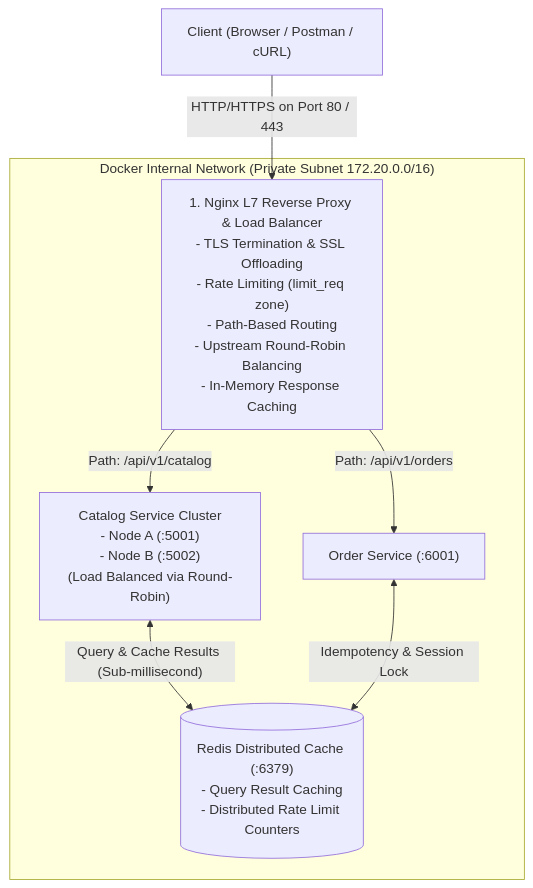
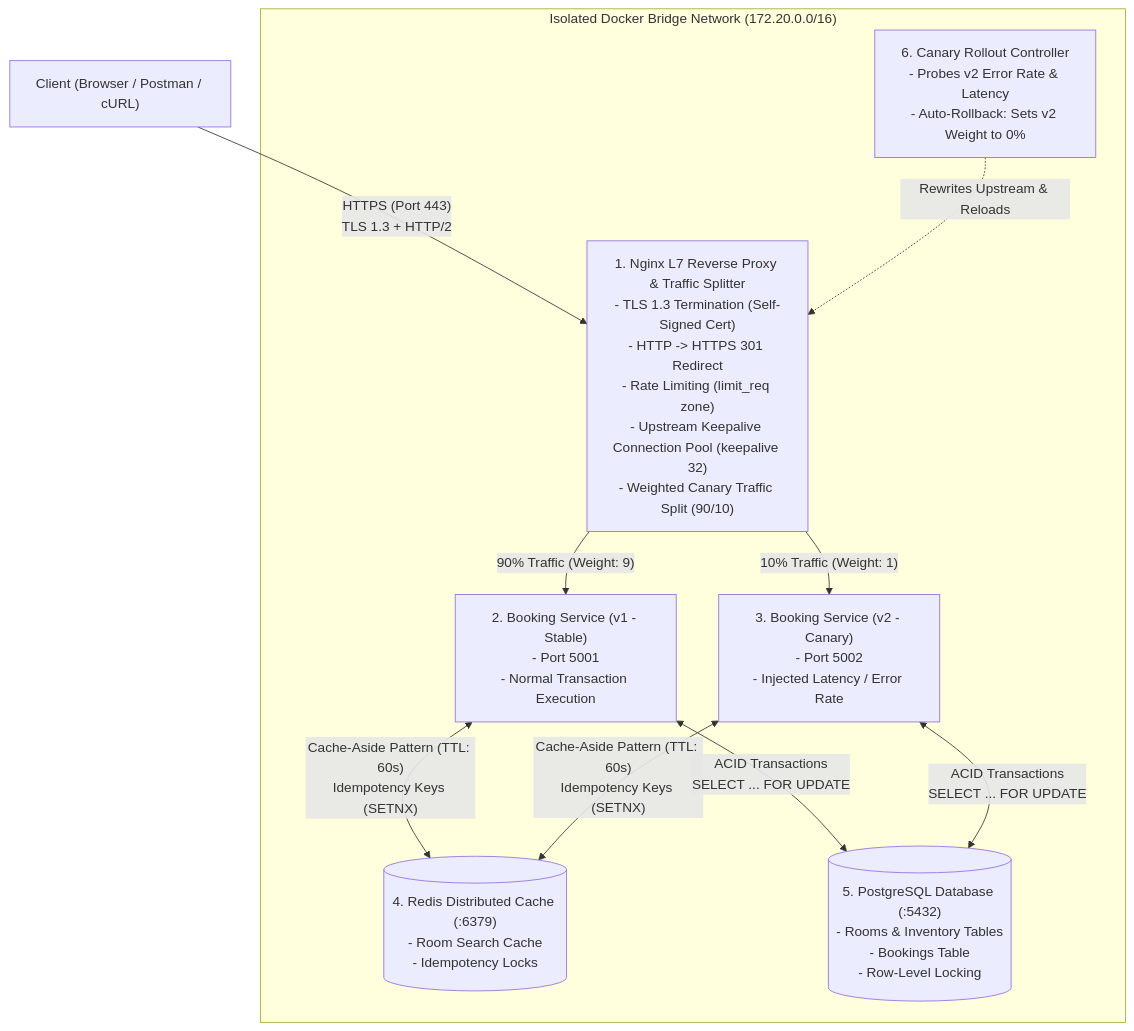
Before and after one commit to Deepak126678/networking-for-system-design: the diagram in PROJECT_SYNOPSIS_L7_PROXY_LOAD_BALANCER.md, drawn with Mermaid. The commit also changed other lines of this file, not shown here.

Commit message:
docs: update Project Synopsis v4.0 for distributed booking platform with PostgreSQL concurrency and Nginx traffic management

````diff
--- a/PROJECT_SYNOPSIS_L7_PROXY_LOAD_BALANCER.md
+++ b/PROJECT_SYNOPSIS_L7_PROXY_LOAD_BALANCER.md
@@ -41,13 +41,15 @@
 ```mermaid
 flowchart TD
-    Client["Client (Browser / Postman / cURL)"] -->|"HTTP/HTTPS on Port 80 / 443"| Nginx["1. Nginx L7 Reverse Proxy & Load Balancer\n- TLS Termination & SSL Offloading\n- Rate Limiting (limit_req zone)\n- Path-Based Routing\n- Upstream Round-Robin Balancing\n- In-Memory Response Caching"]
+    Client["Client (Browser / Postman / cURL)"] -->|"HTTPS (Port 443)\nTLS 1.3 + HTTP/2"| Nginx["1. Nginx L7 Reverse Proxy & Traffic Splitter\n- TLS 1.3 Termination (Self-Signed Cert)\n- HTTP -> HTTPS 301 Redirect\n- Rate Limiting (limit_req zone)\n- Upstream Keepalive Connection Pool (keepalive 32)\n- Weighted Canary Traffic Split (90/10)"]
 
-    subgraph Internal_Private_Network ["Docker Internal Network (Private Subnet 172.20.0.0/16)"]
-        Nginx -->|"Path: /api/v1/catalog"| CatalogCluster["Catalog Service Cluster\n- Node A (:5001)\n- Node B (:5002)\n(Load Balanced via Round-Robin)"]
+    subgraph Docker_Bridge_Network ["Isolated Docker Bridge Network (172.20.0.0/16)"]
+        Nginx -->|"90% Traffic (Weight: 9)"| AppV1["2. Booking Service (v1 - Stable)\n- Port 5001\n- Normal Transaction Execution"]
+        Nginx -->|"10% Traffic (Weight: 1)"| AppV2["3. Booking Service (v2 - Canary)\n- Port 5002\n- Injected Latency / Error Rate"]
+
+        AppV1 & AppV2 <-->|"Cache-Aside Pattern (TTL: 60s)\nIdempotency Keys (SETNX)"| Redis[("4. Redis Distributed Cache (:6379)\n- Room Search Cache\n- Idempotency Locks")]
         
-        Nginx -->|"Path: /api/v1/orders"| OrderService["Order Service (:6001)"]
-        
-        CatalogCluster <-->|"Query & Cache Results (Sub-millisecond)"| Redis[("Redis Distributed Cache (:6379)\n- Query Result Caching\n- Distributed Rate Limit Counters")]
-        OrderService <-->|"Idempotency & Session Lock"| Redis
+        AppV1 & AppV2 <-->|"ACID Transactions\nSELECT ... FOR UPDATE"| Postgres[("5. PostgreSQL Database (:5432)\n- Rooms & Inventory Tables\n- Bookings Table\n- Row-Level Locking")]
+
+        Controller["6. Canary Rollout Controller\n- Probes v2 Error Rate & Latency\n- Auto-Rollback: Sets v2 Weight to 0%"] -.->|"Rewrites Upstream & Reloads"| Nginx
     end
 ```
````
